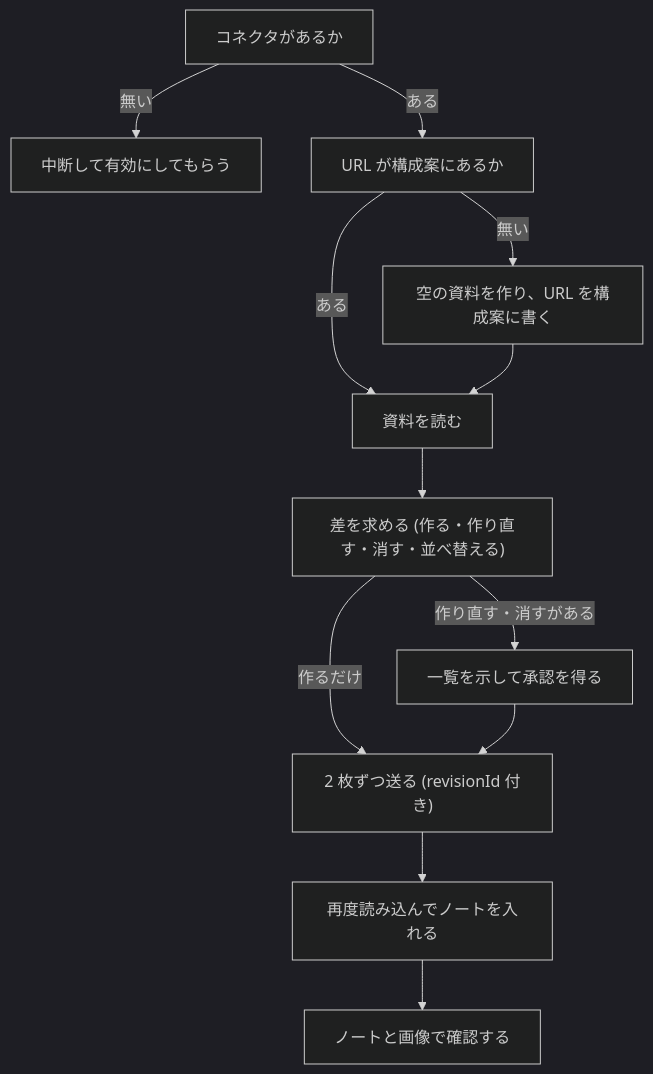
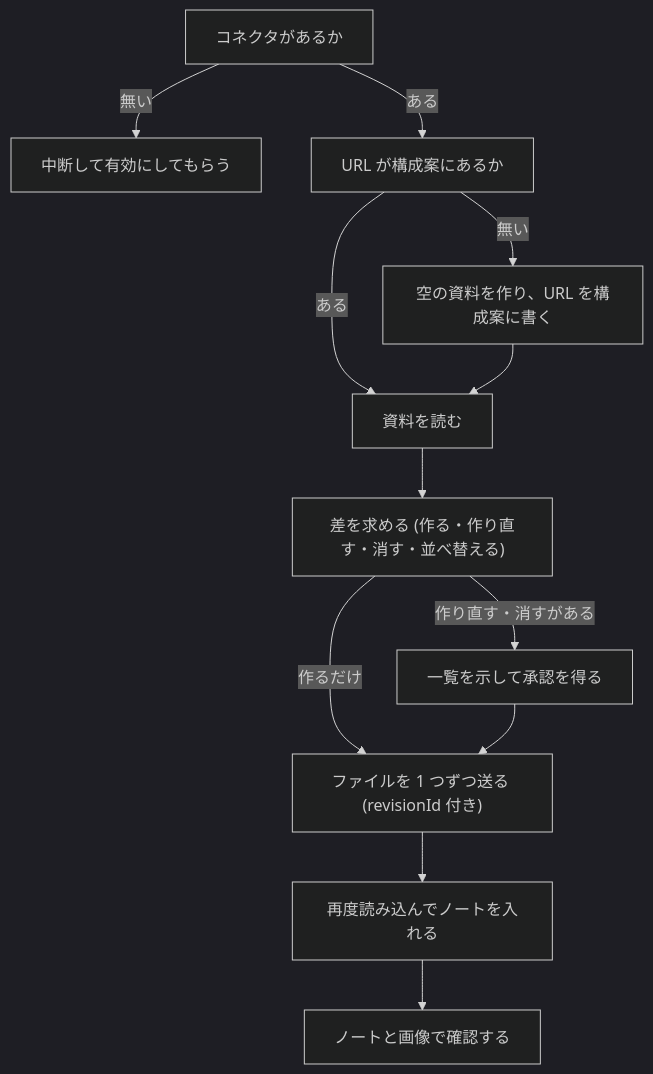
The second of 3 diagrams in docs/plans/2026-11-09-2343-feat-slide-deck-plugin-plan.md (akm/claude-plugins), drawn with Mermaid (dark theme) before and after one commit. The commit also changed other lines of this file and 10 other files, not shown here.

````diff
--- a/docs/plans/2026-11-09-2343-feat-slide-deck-plugin-plan.md
+++ b/docs/plans/2026-11-09-2343-feat-slide-deck-plugin-plan.md
@@ -186,14 +186,14 @@
 ```mermaid
 flowchart TB
   A["コネクタがあるか"] -->|"無い"| X["中断して有効にしてもらう"]
   A -->|"ある"| B["URL が構成案にあるか"]
   B -->|"無い"| C["空の資料を作り、URL を構成案に書く"]
   B -->|"ある"| E["資料を読む"]
   C --> E
   E --> H["差を求める (作る・作り直す・消す・並べ替える)"]
   H -->|"作り直す・消すがある"| I["一覧を示して承認を得る"]
-  H -->|"作るだけ"| J["2 枚ずつ送る (revisionId 付き)"]
+  H -->|"作るだけ"| J["ファイルを 1 つずつ送る (revisionId 付き)"]
   I --> J
   J --> K["再度読み込んでノートを入れる"]
   K --> L["ノートと画像で確認する"]
 ```
````
